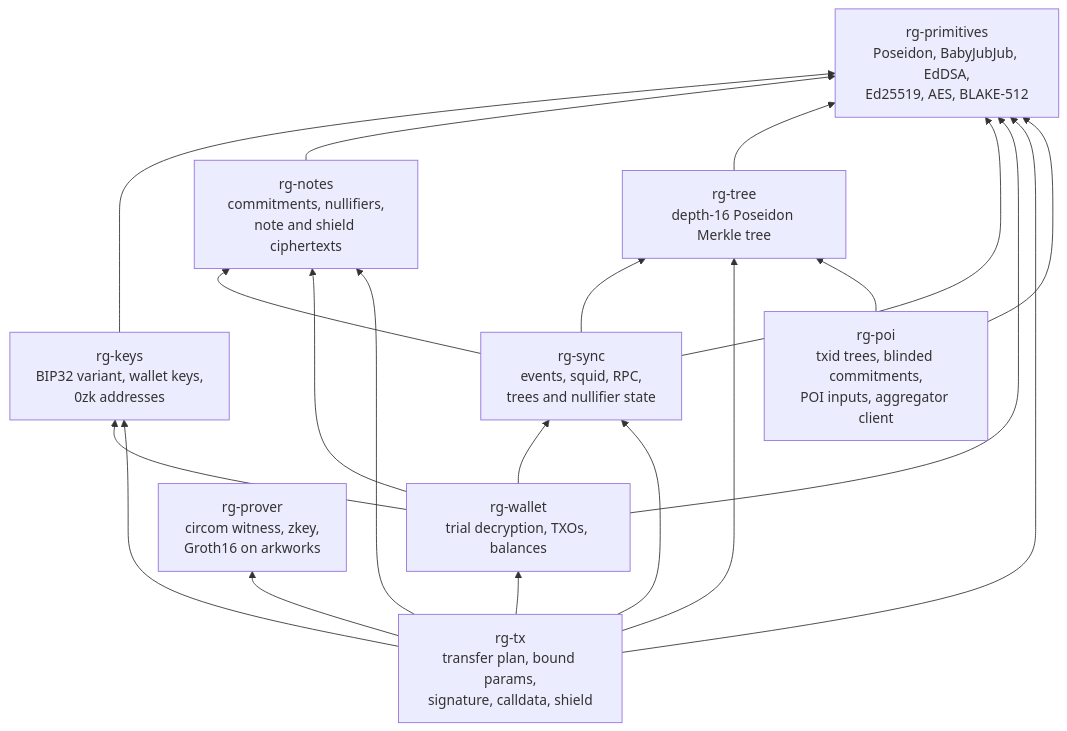
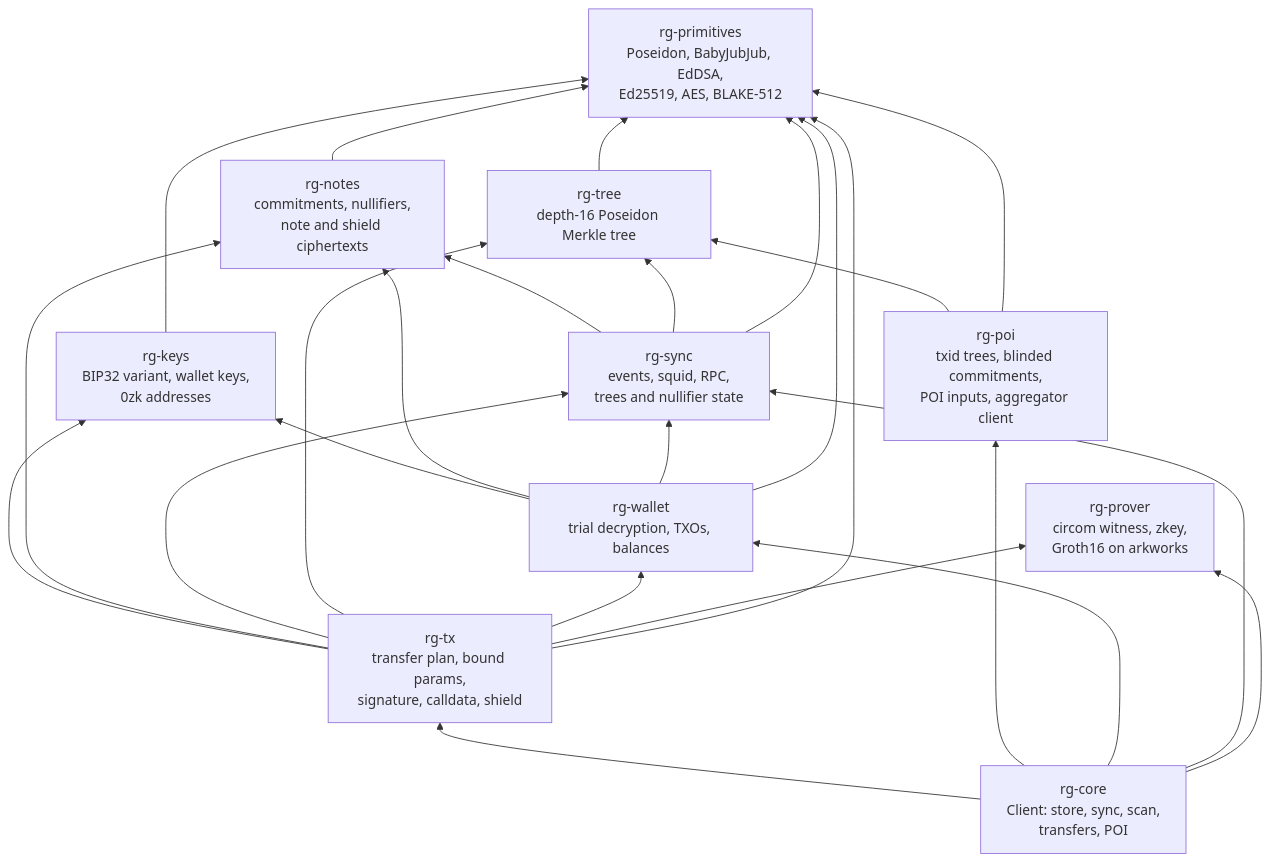
One commit to hewigovens/railgun.rs changed the first of 5 diagrams in docs/architecture.md. Above: the diagram before and after it, drawn with Mermaid. The commit also changed other lines of this file and 19 other files, not shown here.

First line of the commit message:
Add rg-core: the wallet API with a file store, sync, transfers and POI

````diff
--- a/docs/architecture.md
+++ b/docs/architecture.md
@@ -9,32 +9,38 @@
 ```mermaid
 flowchart BT
     primitives["rg-primitives<br/>Poseidon, BabyJubJub, EdDSA,<br/>Ed25519, AES, BLAKE-512"]
     keys["rg-keys<br/>BIP32 variant, wallet keys,<br/>0zk addresses"]
     notes["rg-notes<br/>commitments, nullifiers,<br/>note and shield ciphertexts"]
     tree["rg-tree<br/>depth-16 Poseidon Merkle tree"]
     sync["rg-sync<br/>events, squid, RPC,<br/>trees and nullifier state"]
     wallet["rg-wallet<br/>trial decryption, TXOs, balances"]
     prover["rg-prover<br/>circom witness, zkey,<br/>Groth16 on arkworks"]
     tx["rg-tx<br/>transfer plan, bound params,<br/>signature, calldata, shield"]
     poi["rg-poi<br/>txid trees, blinded commitments,<br/>POI inputs, aggregator client"]
 
     keys --> primitives
     notes --> primitives
     tree --> primitives
     sync --> notes
     sync --> tree
     sync --> primitives
     wallet --> keys
     wallet --> notes
     wallet --> sync
     wallet --> primitives
     tx --> keys
     tx --> notes
     tx --> sync
     tx --> tree
     tx --> wallet
     tx --> prover
     tx --> primitives
     poi --> tree
     poi --> primitives
+    core["rg-core<br/>Client: store, sync, scan,<br/>transfers, POI"]
+    core --> tx
+    core --> poi
+    core --> wallet
+    core --> sync
+    core --> prover
 ```
````
